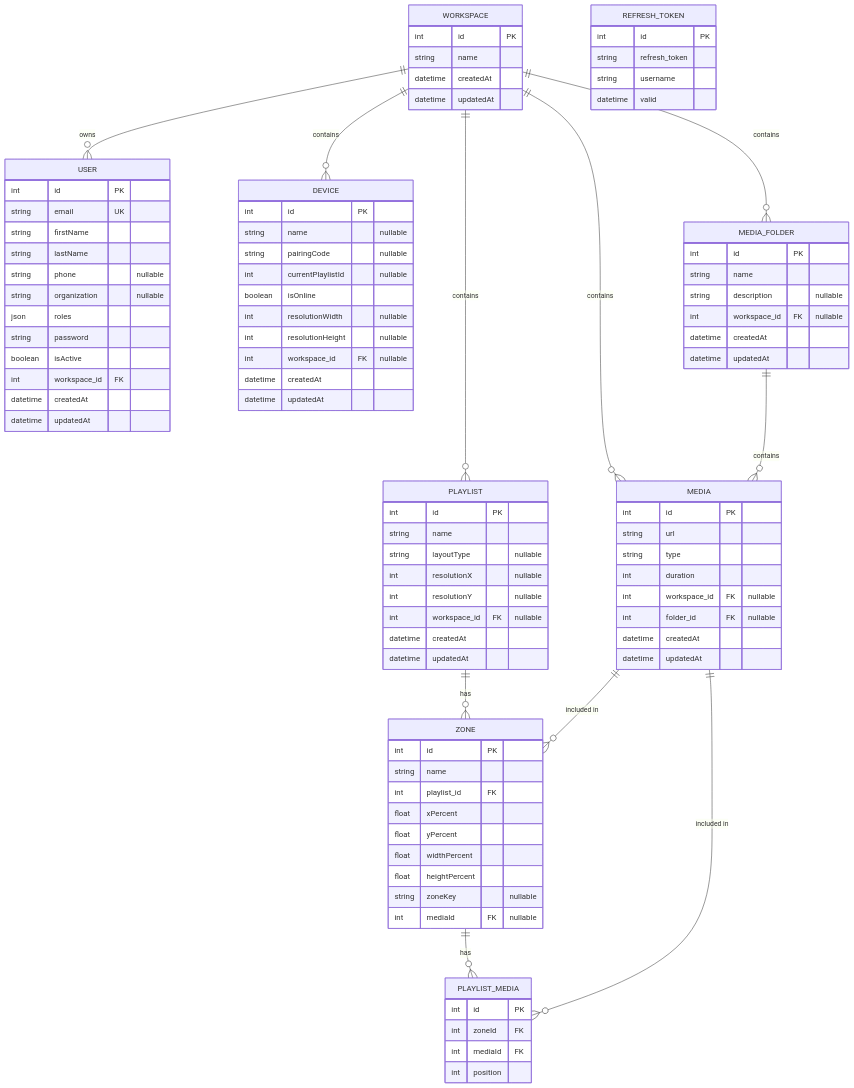
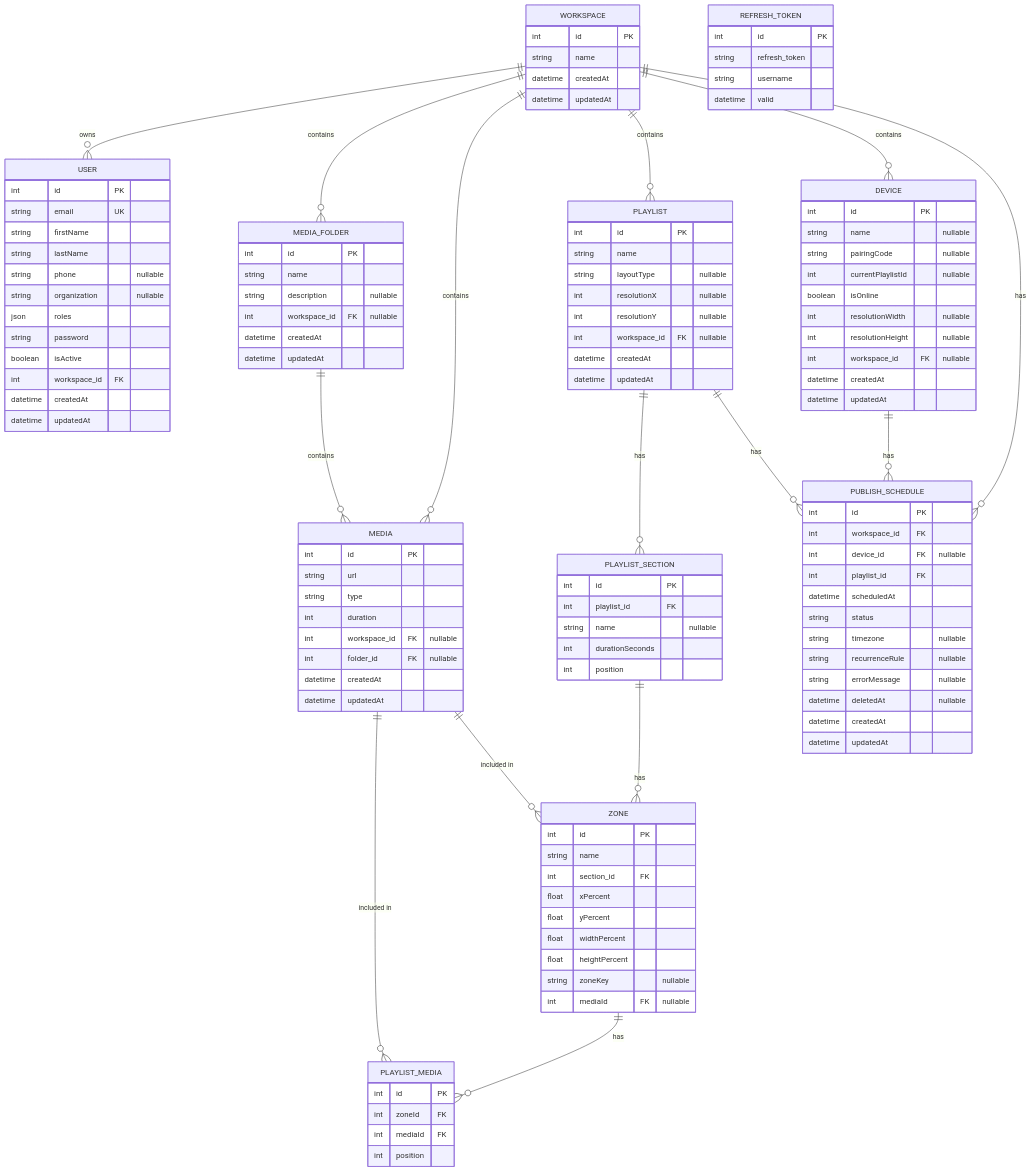
The first of 2 diagrams in Plaisoram_Schema.md (Mohammed-Zrirake/Plaisoram), drawn with Mermaid before and after one commit. The commit also changed other lines of this file and 1 other file, not shown here.

Commit message:
docs: update Plaisoram_Schema db schema documentation and .gitignore

````diff
--- a/Plaisoram_Schema.md
+++ b/Plaisoram_Schema.md
@@ -83,10 +83,18 @@
         datetime updatedAt
     }
 
+    PLAYLIST_SECTION {
+        int id PK
+        int playlist_id FK
+        string name "nullable"
+        int durationSeconds
+        int position
+    }
+
     ZONE {
         int id PK
         string name
-        int playlist_id FK
+        int section_id FK
         float xPercent
         float yPercent
         float widthPercent
@@ -102,6 +110,21 @@
         int position
     }
 
+    PUBLISH_SCHEDULE {
+        int id PK
+        int workspace_id FK
+        int device_id FK "nullable"
+        int playlist_id FK
+        datetime scheduledAt
+        string status
+        string timezone "nullable"
+        string recurrenceRule "nullable"
+        string errorMessage "nullable"
+        datetime deletedAt "nullable"
+        datetime createdAt
+        datetime updatedAt
+    }
+
     %% Relationships
     WORKSPACE ||--o{ USER : "owns"
     WORKSPACE ||--o{ DEVICE : "contains"
@@ -110,8 +133,12 @@
     WORKSPACE ||--o{ MEDIA_FOLDER : "contains"
     
     MEDIA_FOLDER ||--o{ MEDIA : "contains"
-    PLAYLIST ||--o{ ZONE : "has"
+    PLAYLIST ||--o{ PLAYLIST_SECTION : "has"
+    PLAYLIST_SECTION ||--o{ ZONE : "has"
     ZONE ||--o{ PLAYLIST_MEDIA : "has"
     MEDIA ||--o{ PLAYLIST_MEDIA : "included in"
     MEDIA ||--o{ ZONE : "included in"
+    WORKSPACE ||--o{ PUBLISH_SCHEDULE : "has"
+    DEVICE ||--o{ PUBLISH_SCHEDULE : "has"
+    PLAYLIST ||--o{ PUBLISH_SCHEDULE : "has"
 ```
````
